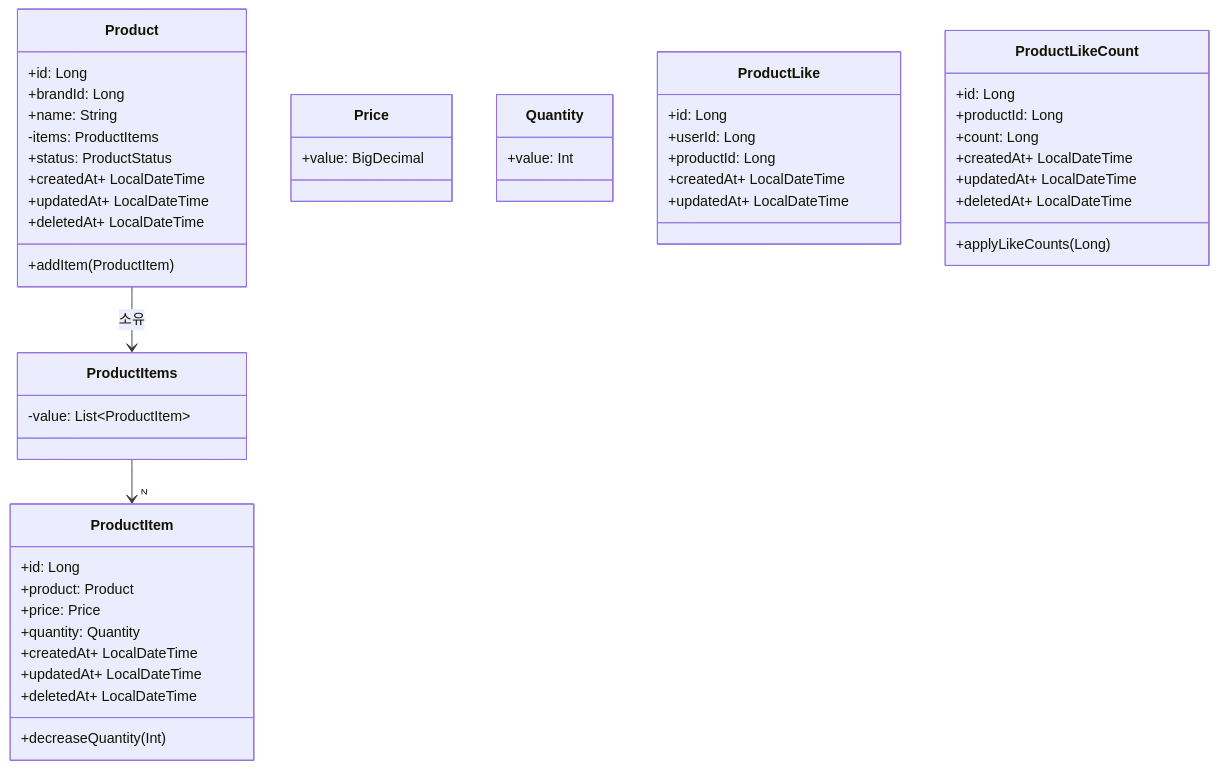
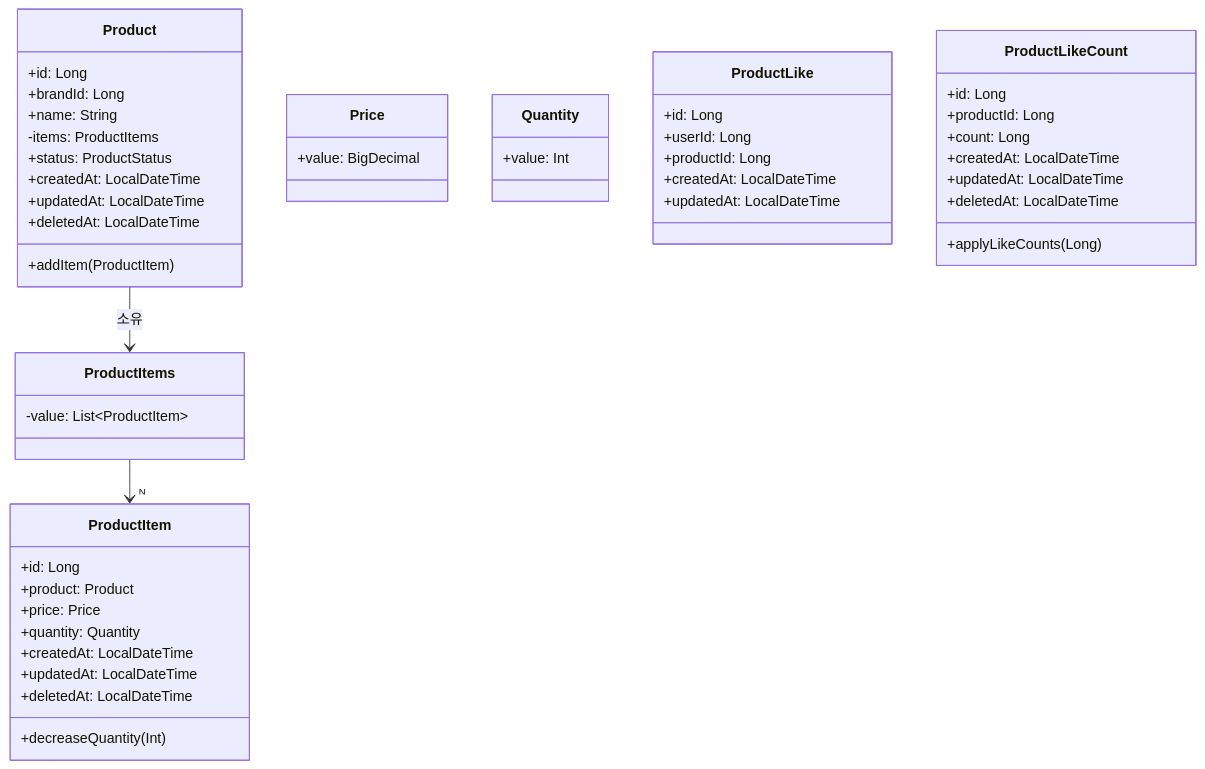
The second of 4 diagrams in docs/design/03-class-diagrams.md (djawnstj/loopers-ecommerce), drawn with Mermaid before and after one commit. The commit also changed other lines of this file, not shown here.

Commit message:
docs: 클래스 다이어그램 오타 수정

````diff
--- a/docs/design/03-class-diagrams.md
+++ b/docs/design/03-class-diagrams.md
@@ -13,58 +13,58 @@
 ```mermaid
 classDiagram    
     class Product {
         +id: Long
         +brandId: Long
         +name: String
         -items: ProductItems
         +status: ProductStatus
-        +createdAt+ LocalDateTime
-        +updatedAt+ LocalDateTime
-        +deletedAt+ LocalDateTime
+        +createdAt: LocalDateTime
+        +updatedAt: LocalDateTime
+        +deletedAt: LocalDateTime
         +addItem(ProductItem)
     }
     
     class ProductItems {
         -value: List~ProductItem~
     }
     
     class ProductItem {
         +id: Long
         +product: Product
         +price: Price
         +quantity: Quantity
-        +createdAt+ LocalDateTime
-        +updatedAt+ LocalDateTime
-        +deletedAt+ LocalDateTime
+        +createdAt: LocalDateTime
+        +updatedAt: LocalDateTime
+        +deletedAt: LocalDateTime
         +decreaseQuantity(Int)
     }
     
     class Price {
         +value: BigDecimal
     }
     
     class Quantity {
         +value: Int
     }
     
     class ProductLike {
         +id: Long
         +userId: Long
         +productId: Long
-        +createdAt+ LocalDateTime
-        +updatedAt+ LocalDateTime
+        +createdAt: LocalDateTime
+        +updatedAt: LocalDateTime
     }
 
     class ProductLikeCount {
         +id: Long
         +productId: Long
         +count: Long
-        +createdAt+ LocalDateTime
-        +updatedAt+ LocalDateTime
-        +deletedAt+ LocalDateTime
+        +createdAt: LocalDateTime
+        +updatedAt: LocalDateTime
+        +deletedAt: LocalDateTime
         +applyLikeCounts(Long)
     }
 
     Product --> ProductItems: 소유
     ProductItems --> "N" ProductItem
 ```
````
